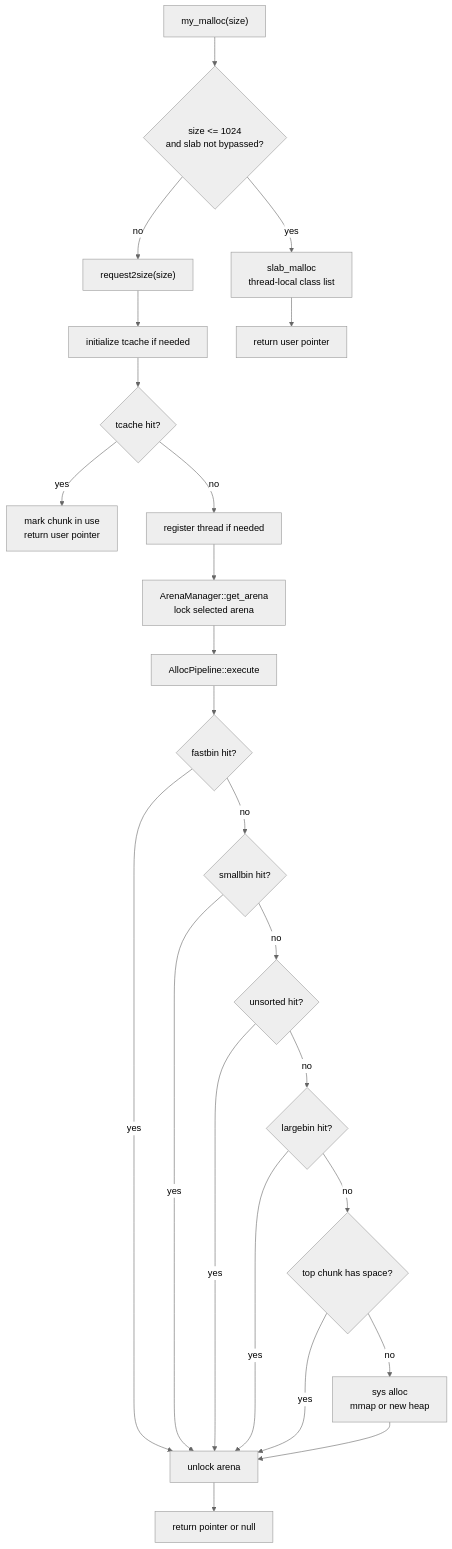
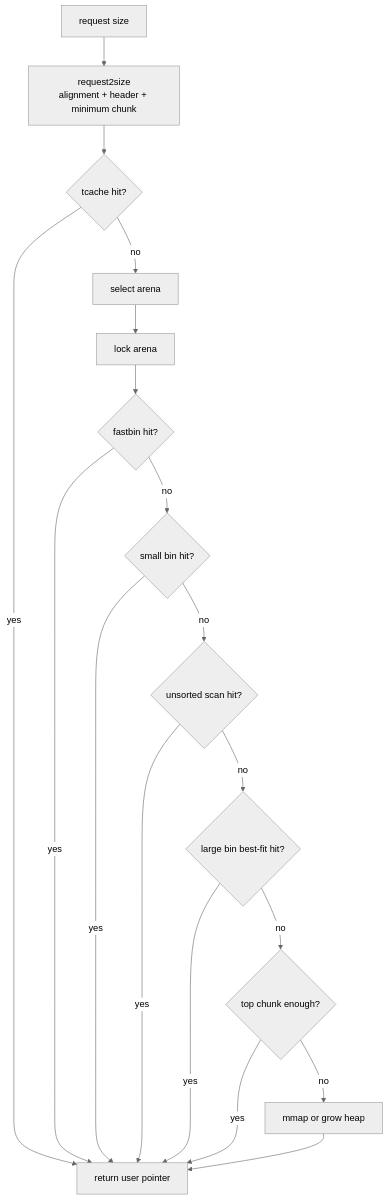
The third of 5 diagrams in docs/allocator_design.md (sdsasf/my_malloc), drawn with Mermaid (neutral theme) before and after one commit. The commit also changed other lines of this file and 10 other files, not shown here.

````diff
--- a/docs/allocator_design.md
+++ b/docs/allocator_design.md
@@ -330,42 +174,29 @@
 ```mermaid
 flowchart TD
-    Start["my_malloc(size)"]
-    Slab{"size <= 1024<br/>and slab not bypassed?"}
-    SlabHit["slab_malloc<br/>thread-local class list"]
-    Size["request2size(size)"]
-    TInit["initialize tcache if needed"]
-    TTry{"tcache hit?"}
-    TRet["return user pointer"]
-    ChunkRet["mark chunk in use<br/>return user pointer"]
-    Reg["register thread if needed"]
-    Arena["ArenaManager::get_arena<br/>lock selected arena"]
-    Pipe["AllocPipeline::execute"]
-    FTry{"fastbin hit?"}
-    STry{"smallbin hit?"}
-    UTry{"unsorted hit?"}
-    LTry{"largebin hit?"}
-    TopTry{"top chunk has space?"}
-    Sys["sys alloc<br/>mmap or new heap"]
-    Unlock["unlock arena"]
-    Ret["return pointer or null"]
+    Req["request size"]
+    Norm["request2size<br/>alignment + header + minimum chunk"]
+    TC{"tcache hit?"}
+    Arena["select arena"]
+    Lock["lock arena"]
+    Fast{"fastbin hit?"}
+    Small{"small bin hit?"}
+    Unsorted{"unsorted scan hit?"}
+    Large{"large bin best-fit hit?"}
+    Top{"top chunk enough?"}
+    Sys["mmap or grow heap"]
+    Return["return user pointer"]
 
-    Start --> Slab
-    Slab -- yes --> SlabHit
-    Slab -- no --> Size
-    SlabHit --> TRet
-    Size --> TInit --> TTry
-    TTry -- yes --> ChunkRet
-    TTry -- no --> Reg --> Arena --> Pipe
-    Pipe --> FTry
-    FTry -- no --> STry
-    STry -- no --> UTry
-    UTry -- no --> LTry
-    LTry -- no --> TopTry
-    TopTry -- no --> Sys
-    FTry -- yes --> Unlock
-    STry -- yes --> Unlock
-    UTry -- yes --> Unlock
-    LTry -- yes --> Unlock
-    TopTry -- yes --> Unlock
-    Sys --> Unlock --> Ret
+    Req --> Norm --> TC
+    TC -- yes --> Return
+    TC -- no --> Arena --> Lock --> Fast
+    Fast -- yes --> Return
+    Fast -- no --> Small
+    Small -- yes --> Return
+    Small -- no --> Unsorted
+    Unsorted -- yes --> Return
+    Unsorted -- no --> Large
+    Large -- yes --> Return
+    Large -- no --> Top
+    Top -- yes --> Return
+    Top -- no --> Sys --> Return
 ```
````
